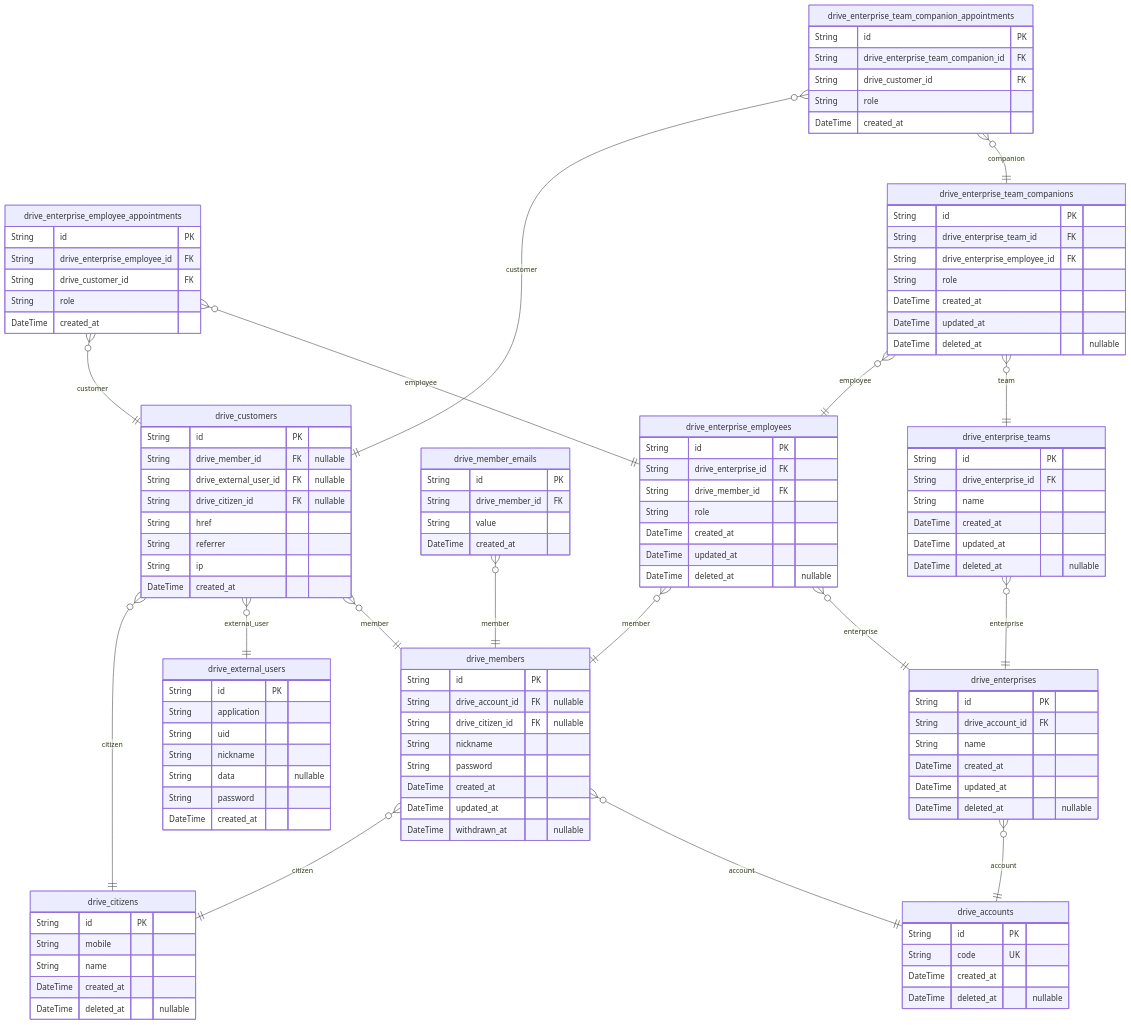
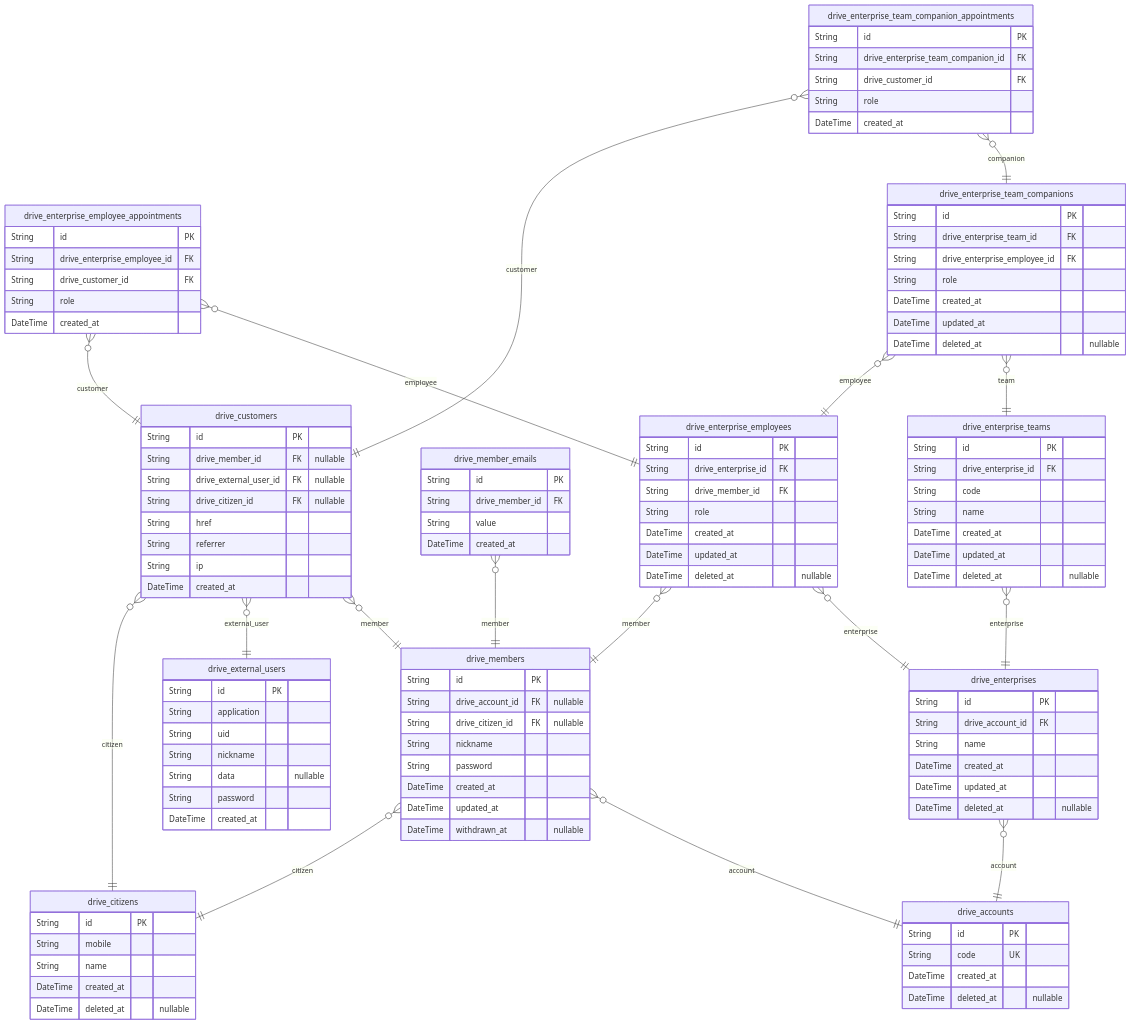
Before and after one commit to samchon/prisma-markdown: the first of 2 diagrams in test/drive.md, drawn with Mermaid. The commit also changed other lines of this file and 3 other files, not shown here.

Commit message:
Add new example ERD, Google Drive

```diff
--- a/test/drive.md
+++ b/test/drive.md
@@ -303,6 +82,7 @@
 "drive_enterprise_teams" {
     String id PK
     String drive_enterprise_id FK
+    String code
     String name
     DateTime created_at
     DateTime updated_at
```
